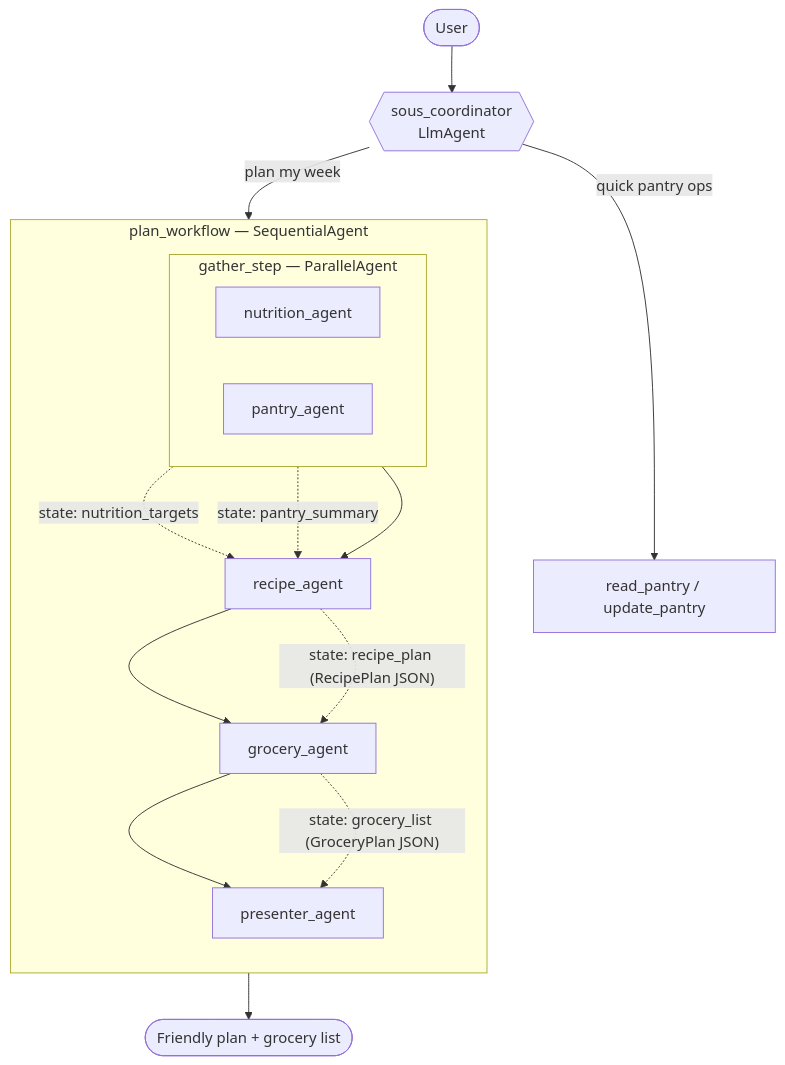
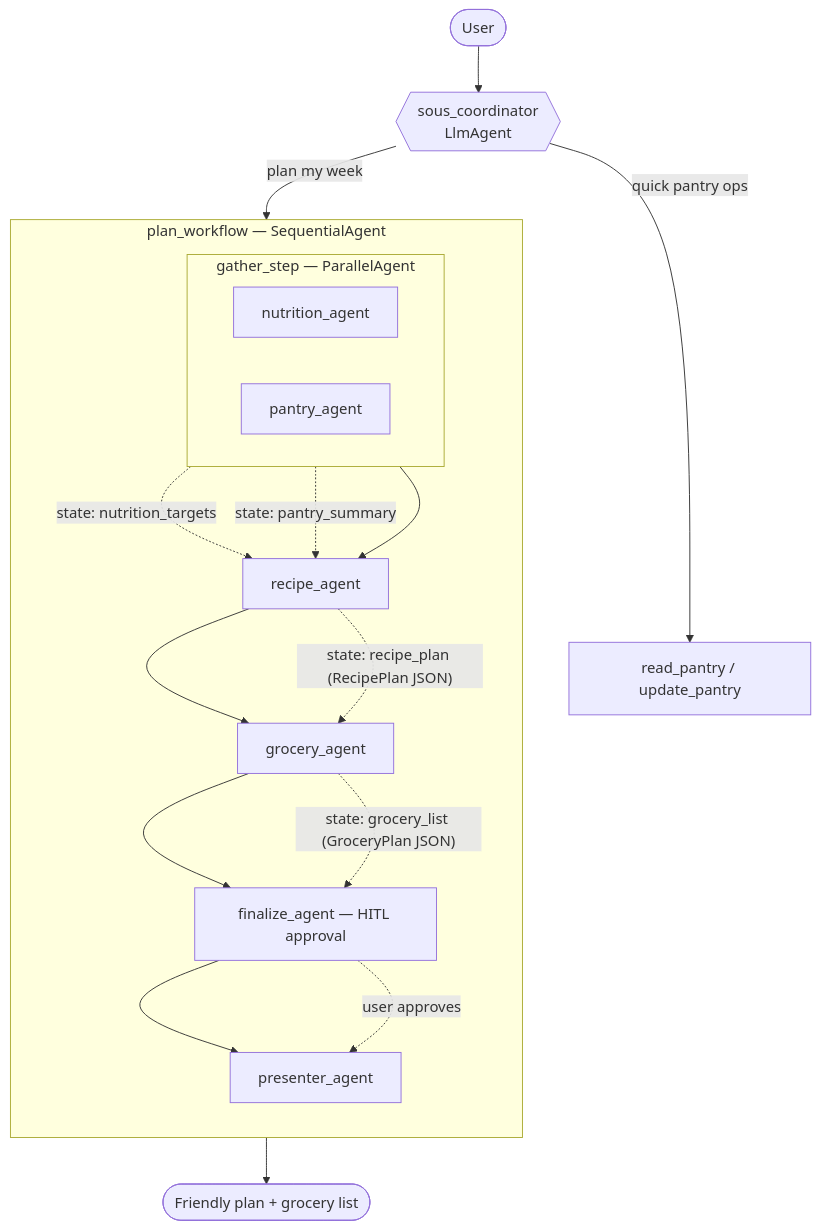
Before and after one commit to jth1911/jth-genai-L200: the diagram in docs/architecture.md, drawn with Mermaid. The commit also changed other lines of this file and 10 other files, not shown here.

````diff
--- a/docs/architecture.md
+++ b/docs/architecture.md
@@ -7,27 +7,29 @@
 ```mermaid
 flowchart TD
     U([User]) --> C{{sous_coordinator<br/>LlmAgent}}
     C -- "quick pantry ops" --> PT[read_pantry / update_pantry]
     C -- "plan my week" --> W[plan_workflow<br/>SequentialAgent]
 
     subgraph W [plan_workflow — SequentialAgent]
         direction TB
         G[gather_step — ParallelAgent]
         R[recipe_agent]
         GR[grocery_agent]
+        F[finalize_agent — HITL approval]
         PR[presenter_agent]
-        G --> R --> GR --> PR
+        G --> R --> GR --> F --> PR
     end
 
     subgraph G [gather_step — ParallelAgent]
         direction LR
         N[nutrition_agent] 
         P[pantry_agent]
     end
 
     N -. "state: nutrition_targets" .-> R
     P -. "state: pantry_summary" .-> R
     R -. "state: recipe_plan (RecipePlan JSON)" .-> GR
-    GR -. "state: grocery_list (GroceryPlan JSON)" .-> PR
+    GR -. "state: grocery_list (GroceryPlan JSON)" .-> F
+    F -. "user approves" .-> PR
     PR --> OUT([Friendly plan + grocery list])
 ```
````
